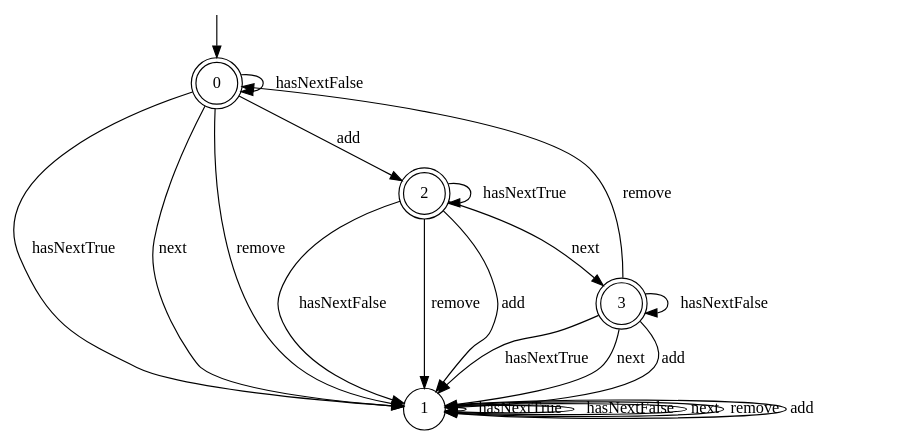
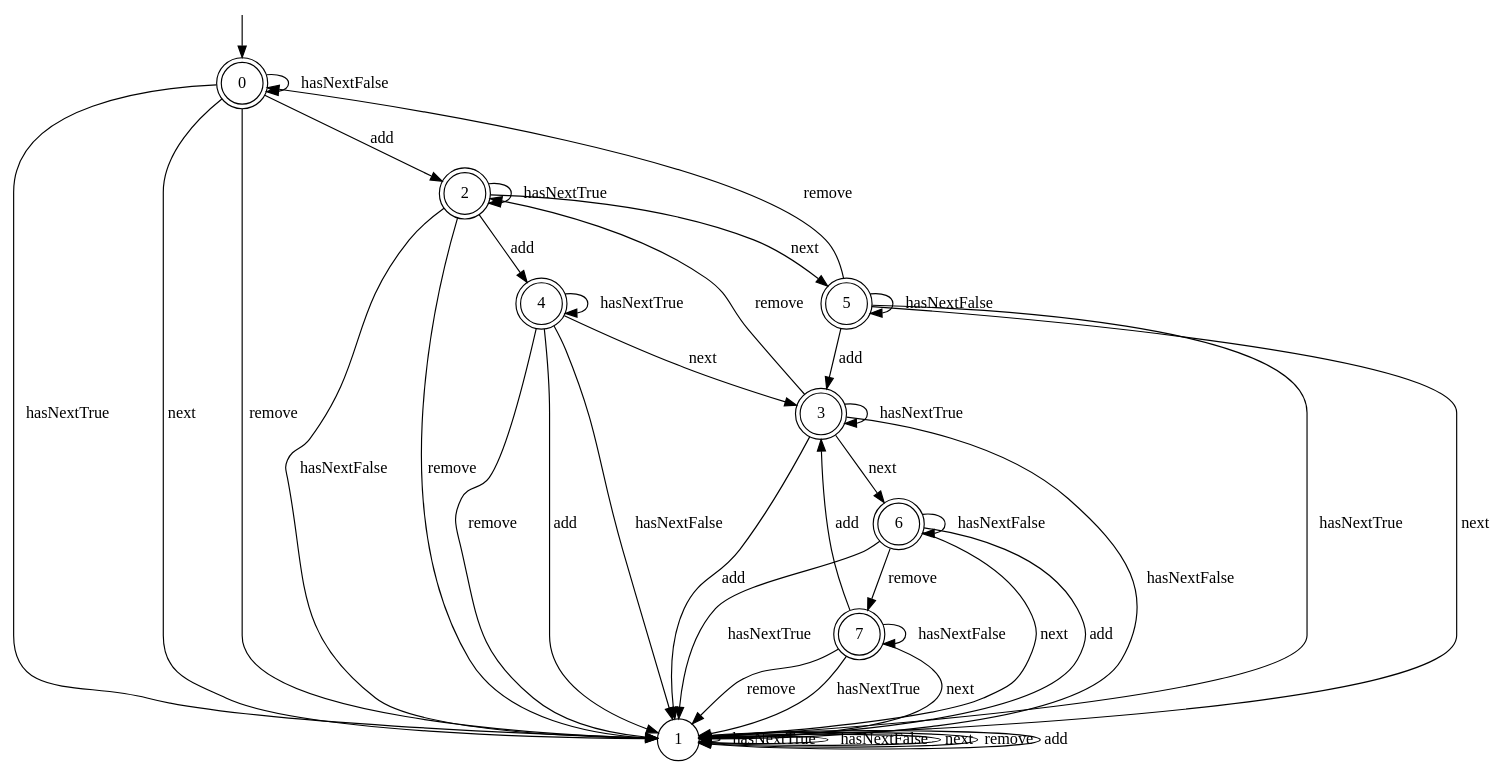
The diagram in exception.dot (rasofema/fyp-specification-miner), drawn with Graphviz before and after one commit. The commit also changed 10 other files, not shown here.

```diff
--- a/exception.dot
+++ b/exception.dot
@@ -1,31 +1,55 @@
 digraph g {
 
 	s0 [shape="doublecircle" label="0"];
 	s1 [shape="circle" label="1"];
 	s2 [shape="doublecircle" label="2"];
 	s3 [shape="doublecircle" label="3"];
+	s4 [shape="doublecircle" label="4"];
+	s5 [shape="doublecircle" label="5"];
+	s6 [shape="doublecircle" label="6"];
+	s7 [shape="doublecircle" label="7"];
 	s0 -> s1 [label="hasNextTrue"];
 	s0 -> s0 [label="hasNextFalse"];
 	s0 -> s1 [label="next"];
 	s0 -> s1 [label="remove"];
 	s0 -> s2 [label="add"];
 	s1 -> s1 [label="hasNextTrue"];
 	s1 -> s1 [label="hasNextFalse"];
 	s1 -> s1 [label="next"];
 	s1 -> s1 [label="remove"];
 	s1 -> s1 [label="add"];
 	s2 -> s2 [label="hasNextTrue"];
 	s2 -> s1 [label="hasNextFalse"];
-	s2 -> s3 [label="next"];
+	s2 -> s5 [label="next"];
 	s2 -> s1 [label="remove"];
-	s2 -> s1 [label="add"];
-	s3 -> s1 [label="hasNextTrue"];
-	s3 -> s3 [label="hasNextFalse"];
-	s3 -> s1 [label="next"];
-	s3 -> s0 [label="remove"];
+	s2 -> s4 [label="add"];
+	s3 -> s3 [label="hasNextTrue"];
+	s3 -> s1 [label="hasNextFalse"];
+	s3 -> s6 [label="next"];
+	s3 -> s2 [label="remove"];
 	s3 -> s1 [label="add"];
+	s4 -> s4 [label="hasNextTrue"];
+	s4 -> s1 [label="hasNextFalse"];
+	s4 -> s3 [label="next"];
+	s4 -> s1 [label="remove"];
+	s4 -> s1 [label="add"];
+	s5 -> s1 [label="hasNextTrue"];
+	s5 -> s5 [label="hasNextFalse"];
+	s5 -> s1 [label="next"];
+	s5 -> s0 [label="remove"];
+	s5 -> s3 [label="add"];
+	s6 -> s1 [label="hasNextTrue"];
+	s6 -> s6 [label="hasNextFalse"];
+	s6 -> s1 [label="next"];
+	s6 -> s7 [label="remove"];
+	s6 -> s1 [label="add"];
+	s7 -> s1 [label="hasNextTrue"];
+	s7 -> s7 [label="hasNextFalse"];
+	s7 -> s1 [label="next"];
+	s7 -> s1 [label="remove"];
+	s7 -> s3 [label="add"];
 
 __start0 [label="" shape="none" width="0" height="0"];
 __start0 -> s0;
 
 }
```
